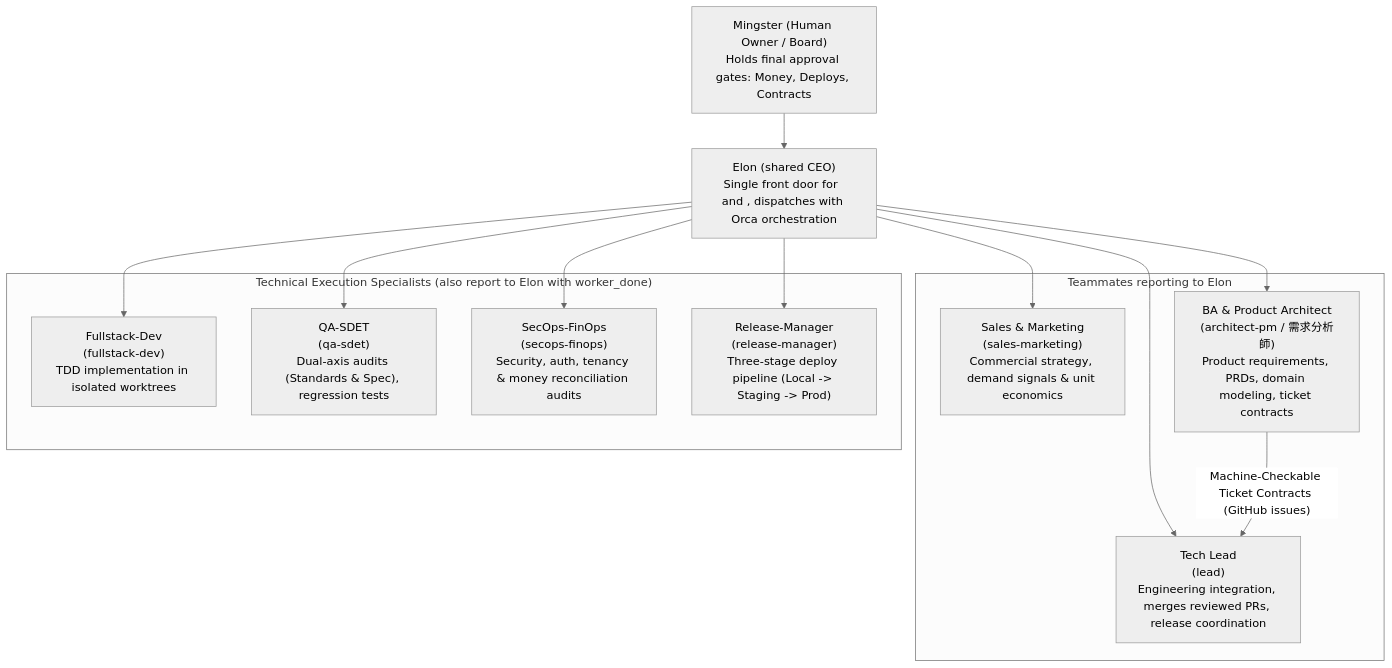
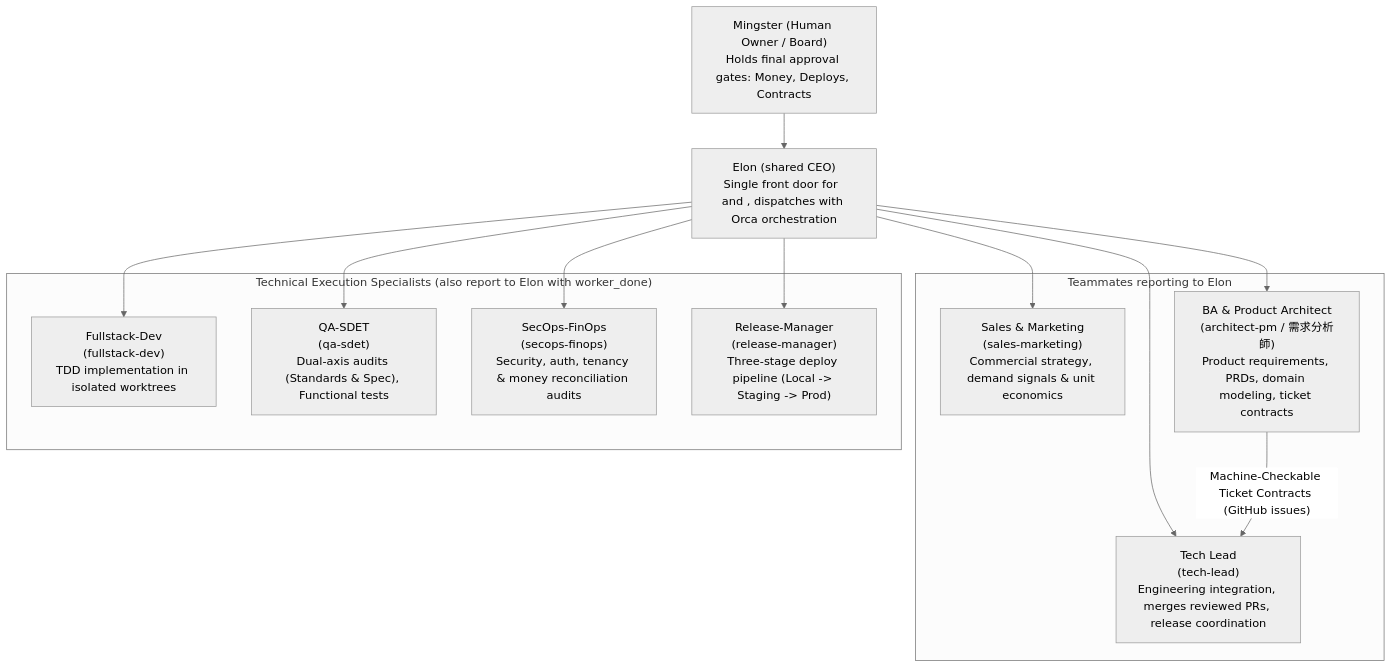
Before and after one commit to mingster/dotfiles: the first of 2 diagrams in docs/agents/agent-team-architecture.md, drawn with Mermaid (neutral theme). The commit also changed other lines of this file and 30 other files, not shown here.

Commit message:
team-audit 2026-10-21c: Regression vs Functional test, Test plan in every spec, native en/jp copy (owner rules); lead role renamed tech-lead

````diff
--- a/docs/agents/agent-team-architecture.md
+++ b/docs/agents/agent-team-architecture.md
@@ -9,29 +9,29 @@
 ```mermaid
 flowchart TD
     Board["Mingster (Human Owner / Board)\nHolds final approval gates: Money, Deploys, Contracts"]
     CEO["Elon (shared CEO)\nSingle front door for <project-a> and <project-b>, dispatches with Orca orchestration"]
     
     subgraph Direct_Reports["Teammates reporting to Elon"]
         Sales["Sales & Marketing\n(sales-marketing)\nCommercial strategy, demand signals & unit economics"]
         BA["BA & Product Architect\n(architect-pm / 需求分析師)\nProduct requirements, PRDs, domain modeling, ticket contracts"]
-        TL["Tech Lead\n(lead)\nEngineering integration, merges reviewed PRs, release coordination"]
+        TL["Tech Lead\n(tech-lead)\nEngineering integration, merges reviewed PRs, release coordination"]
     end
     
     subgraph Tech_Specialists["Technical Execution Specialists (also report to Elon with worker_done)"]
         Dev["Fullstack-Dev\n(fullstack-dev)\nTDD implementation in isolated worktrees"]
-        QA["QA-SDET\n(qa-sdet)\nDual-axis audits (Standards & Spec), regression tests"]
+        QA["QA-SDET\n(qa-sdet)\nDual-axis audits (Standards & Spec), Functional tests"]
         SecOps["SecOps-FinOps\n(secops-finops)\nSecurity, auth, tenancy & money reconciliation audits"]
         RM["Release-Manager\n(release-manager)\nThree-stage deploy pipeline (Local -> Staging -> Prod)"]
     end
 
     Board --> CEO
     CEO --> Sales
     CEO --> BA
     CEO --> TL
     
     BA -- "Machine-Checkable Ticket Contracts (GitHub issues)" --> TL
     CEO --> Dev
     CEO --> QA
     CEO --> SecOps
     CEO --> RM
 ```
````
